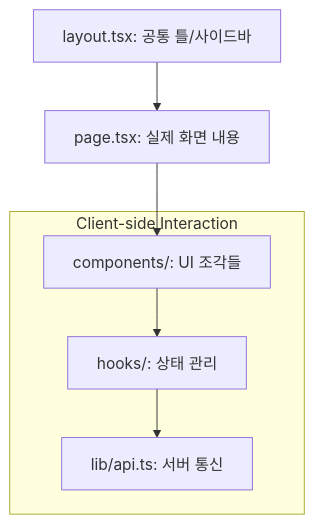
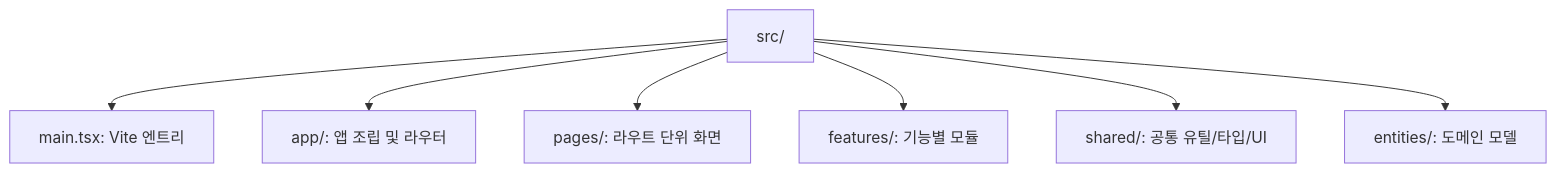
One commit to yeongseon/kpubdata-studio changed the second of 3 diagrams in AGENTS.md. Above: the diagram before and after it, drawn with Mermaid. The commit also changed other lines of this file and 11 other files, not shown here.

First line of the commit message:
docs: update all documentation for Vite + React SPA architecture (closes #25)

````diff
--- a/AGENTS.md
+++ b/AGENTS.md
@@ -59,10 +91,9 @@
 ```mermaid
 graph TD
-    Layout[layout.tsx: 공통 틀/사이드바] --> Page[page.tsx: 실제 화면 내용]
-    Page --> Components[components/: UI 조각들]
-    
-    subgraph ClientSide [Client-side Interaction]
-        Components --> Hooks[hooks/: 상태 관리]
-        Hooks --> API[lib/api.ts: 서버 통신]
-    end
+    src[src/] --> main[main.tsx: Vite 엔트리]
+    src --> app[app/: 앱 조립 및 라우터]
+    src --> pages[pages/: 라우트 단위 화면]
+    src --> features[features/: 기능별 모듈]
+    src --> shared[shared/: 공통 유틸/타입/UI]
+    src --> entities[entities/: 도메인 모델]
 ```
````
